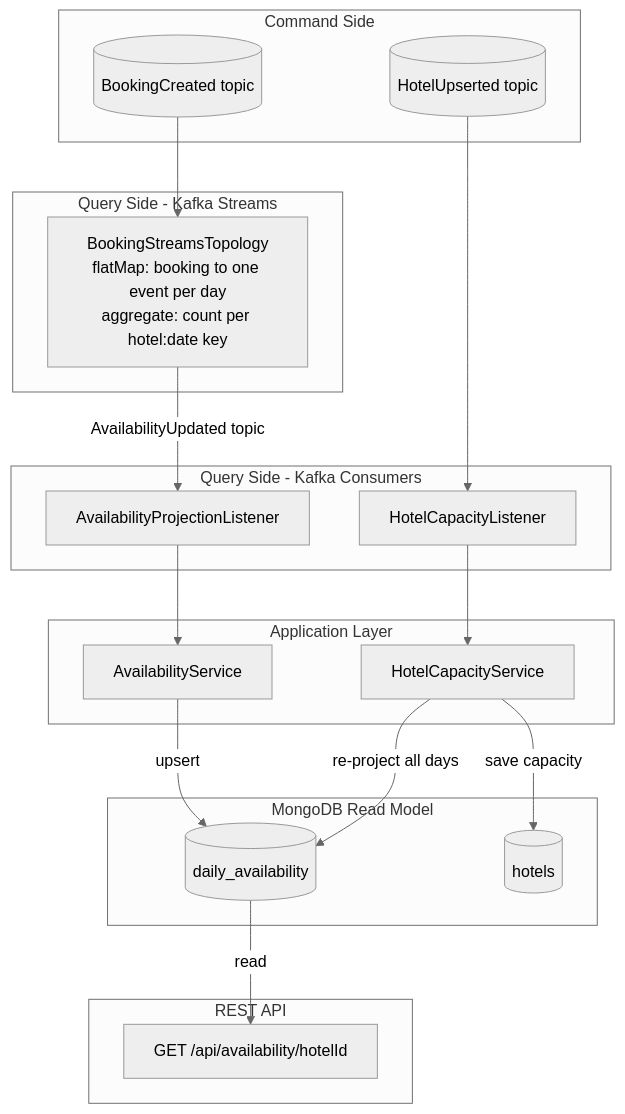
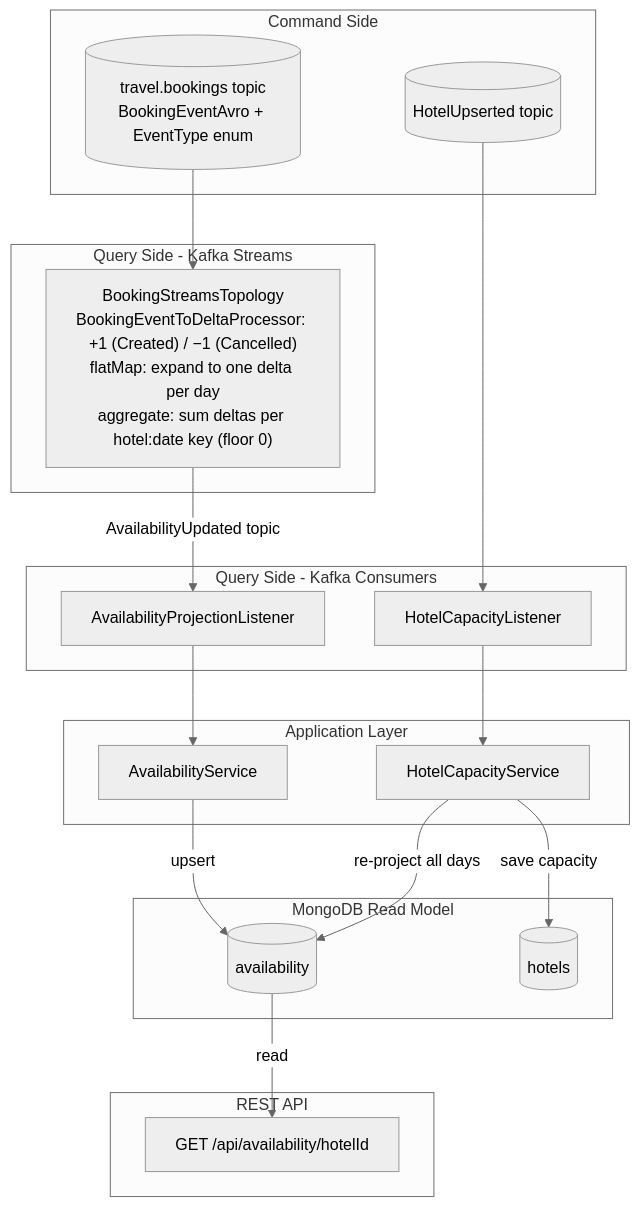
Before and after one commit to mrzodeczko-dev/Travel-Agency-CQRS-Query-Side: the first of 2 diagrams in README.md, drawn with Mermaid (neutral theme). The commit also changed other lines of this file and 5 other files, not shown here.

Commit message:
Refactor booking event handling to use BookingEventAvro schema with EventType enum for better clarity and maintainability

````diff
--- a/README.md
+++ b/README.md
@@ -51,42 +54,42 @@
 ```mermaid
 flowchart TD
     subgraph cmd["Command Side"]
-        BS[("BookingCreated topic")]
+        BS[("travel.bookings topic\nBookingEventAvro + EventType enum")]
         HS[("HotelUpserted topic")]
     end
 
     subgraph streams["Query Side - Kafka Streams"]
-        KS["BookingStreamsTopology\nflatMap: booking to one event per day\naggregate: count per hotel:date key"]
+        KS["BookingStreamsTopology\nBookingEventToDeltaProcessor: +1 (Created) / −1 (Cancelled)\nflatMap: expand to one delta per day\naggregate: sum deltas per hotel:date key (floor 0)"]
     end
 
     subgraph consumers["Query Side - Kafka Consumers"]
         AL["AvailabilityProjectionListener"]
         HL["HotelCapacityListener"]
     end
 
     subgraph app["Application Layer"]
         AUS["AvailabilityService"]
         HCS["HotelCapacityService"]
     end
 
     subgraph mongo["MongoDB Read Model"]
-        AV[("daily_availability")]
+        AV[("availability")]
         HT[("hotels")]
     end
 
     subgraph api["REST API"]
         CTL["GET /api/availability/hotelId"]
     end
 
     BS --> KS
     KS -->|"AvailabilityUpdated topic"| AL
     AL --> AUS
     AUS -->|upsert| AV
 
     HS --> HL
     HL --> HCS
     HCS -->|save capacity| HT
     HCS -->|re-project all days| AV
 
     AV -->|read| CTL
 ```
````
